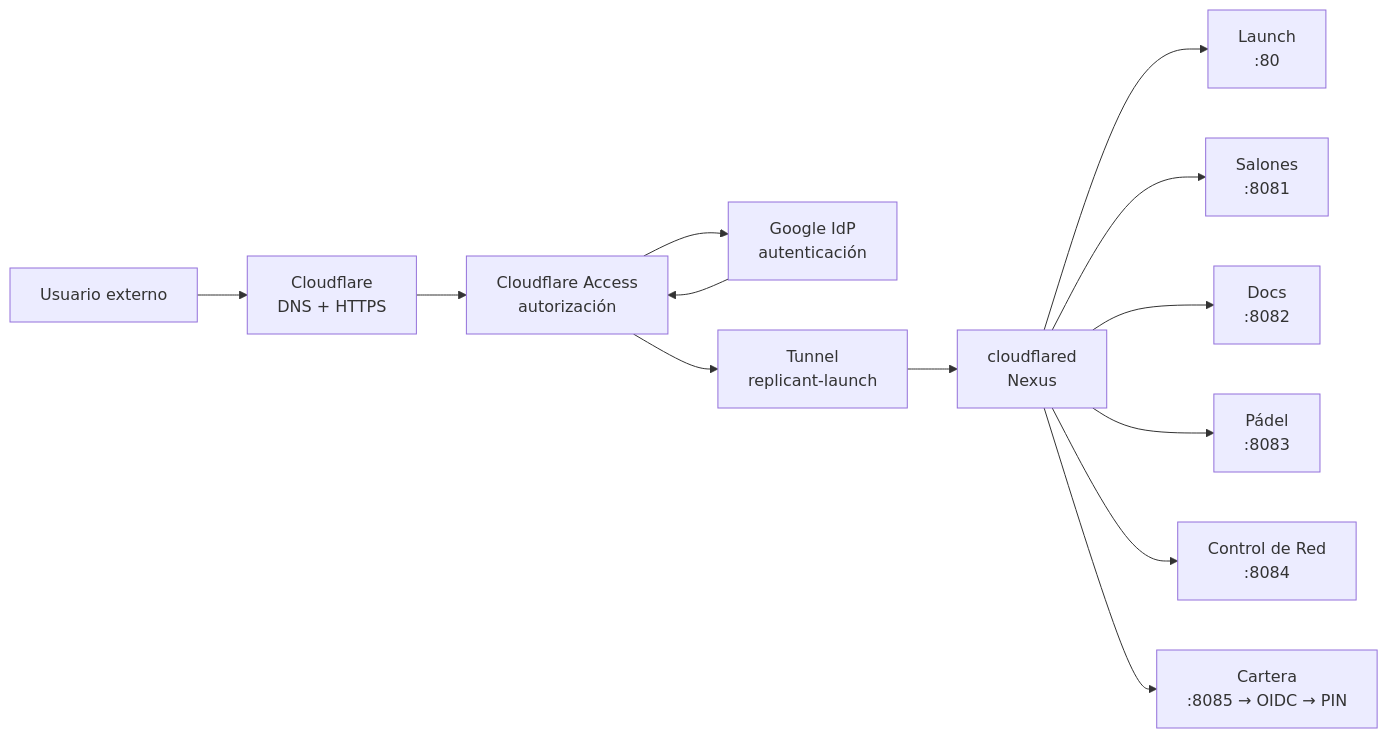
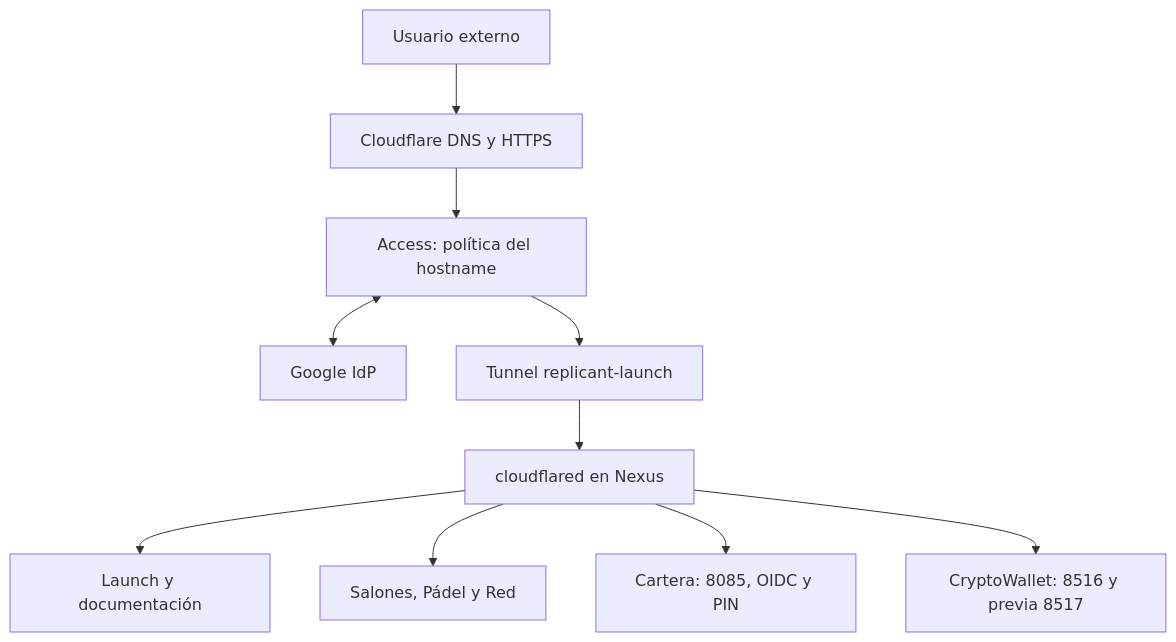
The second of 4 diagrams in docs/arquitectura.md (ratienza/infra-replicant-lab), drawn with Mermaid before and after one commit. The commit also changed other lines of this file and 49 other files, not shown here.

First line of the commit message:
docs: CryptoWallet V1.0 infrastructure and synchronized portables

````diff
--- a/docs/arquitectura.md
+++ b/docs/arquitectura.md
@@ -38,16 +38,12 @@
 ```mermaid
-flowchart LR
-    U["Usuario externo"] --> CF["Cloudflare<br/>DNS + HTTPS"]
-    CF --> ACCESS["Cloudflare Access<br/>autorización"]
-    ACCESS --> G["Google IdP<br/>autenticación"]
-    G --> ACCESS
-    ACCESS --> T["Tunnel<br/>replicant-launch"]
-    T --> CFD["cloudflared<br/>Nexus"]
-
-    CFD --> L["Launch<br/>:80"]
-    CFD --> S["Salones<br/>:8081"]
-    CFD --> D["Docs<br/>:8082"]
-    CFD --> P["Pádel<br/>:8083"]
-    CFD --> R["Control de Red<br/>:8084"]
-    CFD --> C["Cartera<br/>:8085 → OIDC → PIN"]
+flowchart TB
+    U["Usuario externo"] --> C["Cloudflare DNS y HTTPS"]
+    C --> A["Access: política del hostname"]
+    A <--> G["Google IdP"]
+    A --> T["Tunnel replicant-launch"]
+    T --> F["cloudflared en Nexus"]
+    F --> L["Launch y documentación"]
+    F --> S["Salones, Pádel y Red"]
+    F --> E["Cartera: 8085, OIDC y PIN"]
+    F --> W["CryptoWallet: 8516 y previa 8517"]
 ```
````
